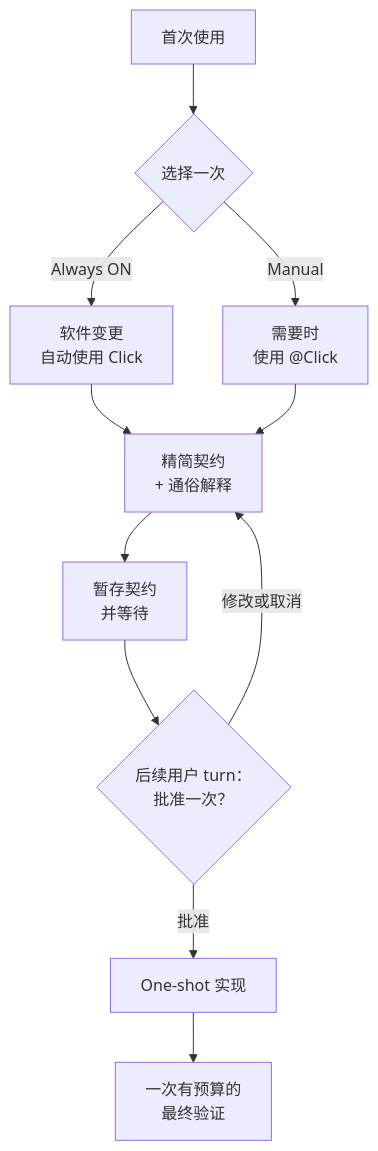
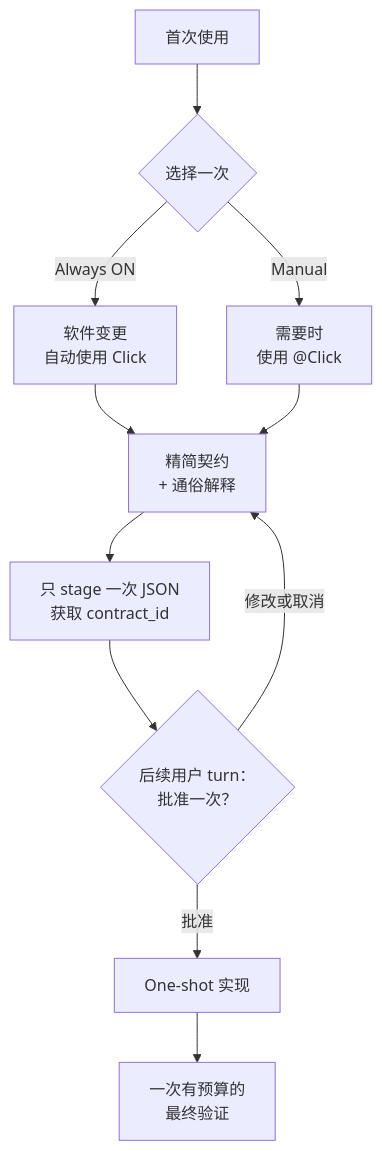
One commit to grapefruit0205/build-brief changed the diagram in README.zh-CN.md. Above: the diagram before and after it, drawn with Mermaid. The commit also changed other lines of this file and 16 other files, not shown here.

````diff
--- a/README.zh-CN.md
+++ b/README.zh-CN.md
@@ -57,13 +57,13 @@
 ```mermaid
 flowchart TB
     A["首次使用"] --> B{"选择一次"}
     B -->|Always ON| C["软件变更<br/>自动使用 Click"]
     B -->|Manual| D["需要时<br/>使用 @Click"]
     C --> E["精简契约<br/>+ 通俗解释"]
     D --> E
-    E --> F["暂存契约<br/>并等待"]
+    E --> F["只 stage 一次 JSON<br/>获取 contract_id"]
     F --> I{"后续用户 turn：<br/>批准一次？"}
     I -->|修改或取消| E
     I -->|批准| G["One-shot 实现"]
     G --> H["一次有预算的<br/>最终验证"]
 ```
````
